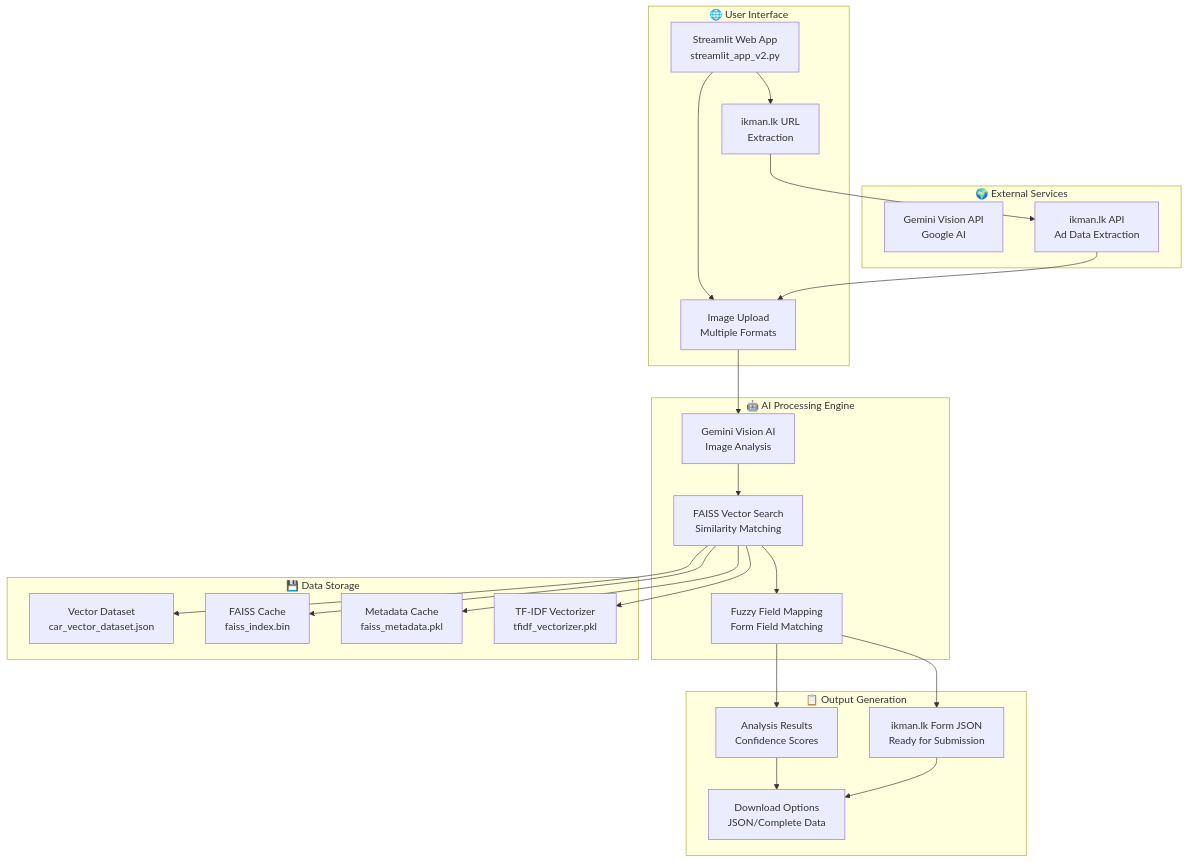
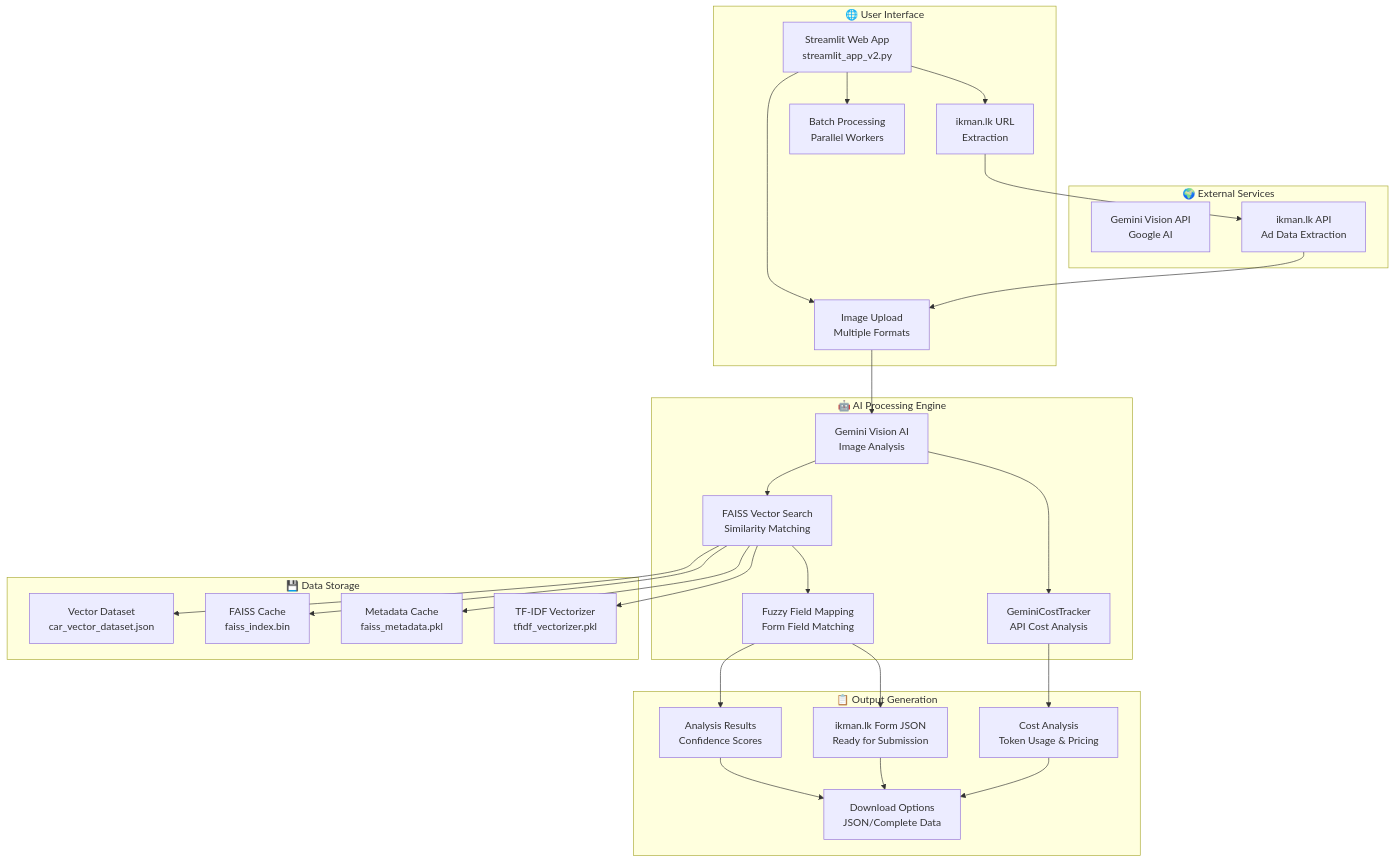
Before and after one commit to adarshhegde/ai-prefill-service: the first of 11 diagrams in architecture_diagram.md, drawn with Mermaid. The commit also changed other lines of this file and 1 other file, not shown here.

Commit message:
updated readme and diagram

````diff
--- a/architecture_diagram.md
+++ b/architecture_diagram.md
@@ -5,54 +5,61 @@
 ```mermaid
 graph TB
     %% User Interface Layer
     subgraph "🌐 User Interface"
         UI[Streamlit Web App<br/>streamlit_app_v2.py]
         UPLOAD[Image Upload<br/>Multiple Formats]
         URL_EXTRACT[ikman.lk URL<br/>Extraction]
+        BATCH_PROC[Batch Processing<br/>Parallel Workers]
     end
 
     %% Core Processing Layer
     subgraph "🤖 AI Processing Engine"
         GEMINI[Gemini Vision AI<br/>Image Analysis]
         VECTOR_SEARCH[FAISS Vector Search<br/>Similarity Matching]
         FUZZY_MATCH[Fuzzy Field Mapping<br/>Form Field Matching]
+        COST_TRACKER[GeminiCostTracker<br/>API Cost Analysis]
     end
 
     %% Data Layer
     subgraph "💾 Data Storage"
         VECTOR_DB[Vector Dataset<br/>car_vector_dataset.json]
         CACHE[FAISS Cache<br/>faiss_index.bin]
         METADATA[Metadata Cache<br/>faiss_metadata.pkl]
         VECTORIZER[TF-IDF Vectorizer<br/>tfidf_vectorizer.pkl]
     end
 
     %% External Services
     subgraph "🌍 External Services"
         GEMINI_API[Gemini Vision API<br/>Google AI]
         IKMAN_API[ikman.lk API<br/>Ad Data Extraction]
     end
 
     %% Output Layer
     subgraph "📋 Output Generation"
         FORM_JSON[ikman.lk Form JSON<br/>Ready for Submission]
         ANALYSIS_RESULTS[Analysis Results<br/>Confidence Scores]
+        COST_ANALYSIS[Cost Analysis<br/>Token Usage & Pricing]
         DOWNLOAD[Download Options<br/>JSON/Complete Data]
     end
 
     %% Data Flow
     UI --> UPLOAD
     UI --> URL_EXTRACT
+    UI --> BATCH_PROC
     UPLOAD --> GEMINI
     URL_EXTRACT --> IKMAN_API
     IKMAN_API --> UPLOAD
     GEMINI --> VECTOR_SEARCH
     VECTOR_SEARCH --> VECTOR_DB
     VECTOR_SEARCH --> CACHE
     VECTOR_SEARCH --> METADATA
     VECTOR_SEARCH --> VECTORIZER
     VECTOR_SEARCH --> FUZZY_MATCH
     FUZZY_MATCH --> FORM_JSON
     FUZZY_MATCH --> ANALYSIS_RESULTS
+    GEMINI --> COST_TRACKER
+    COST_TRACKER --> COST_ANALYSIS
     ANALYSIS_RESULTS --> DOWNLOAD
     FORM_JSON --> DOWNLOAD
+    COST_ANALYSIS --> DOWNLOAD
 ```
````
